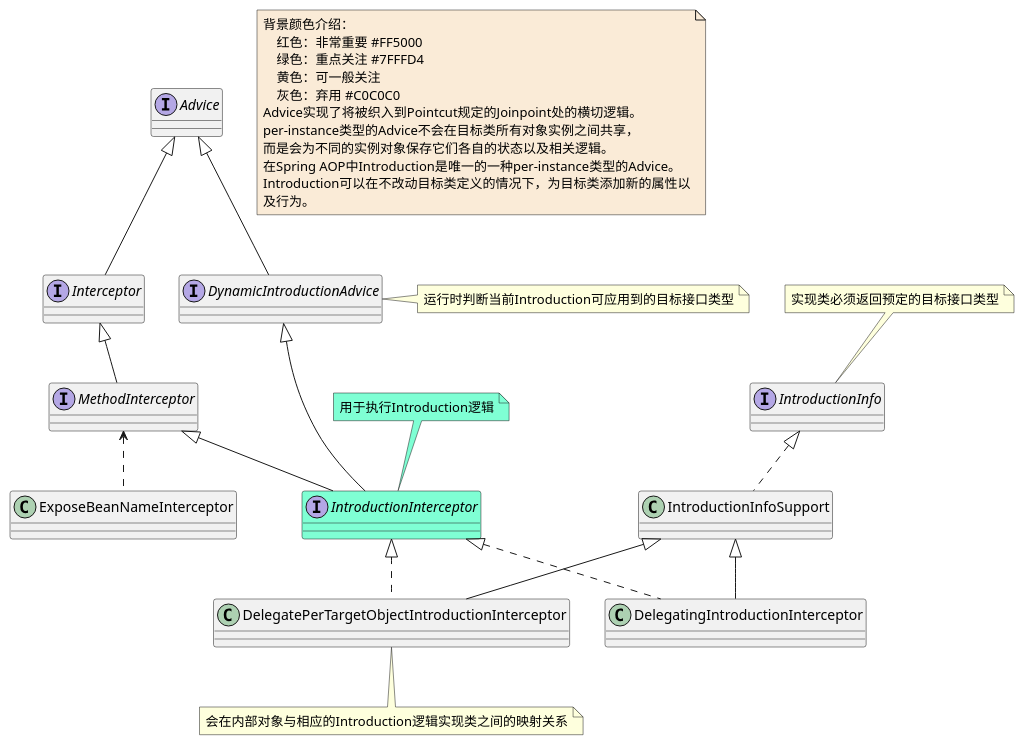
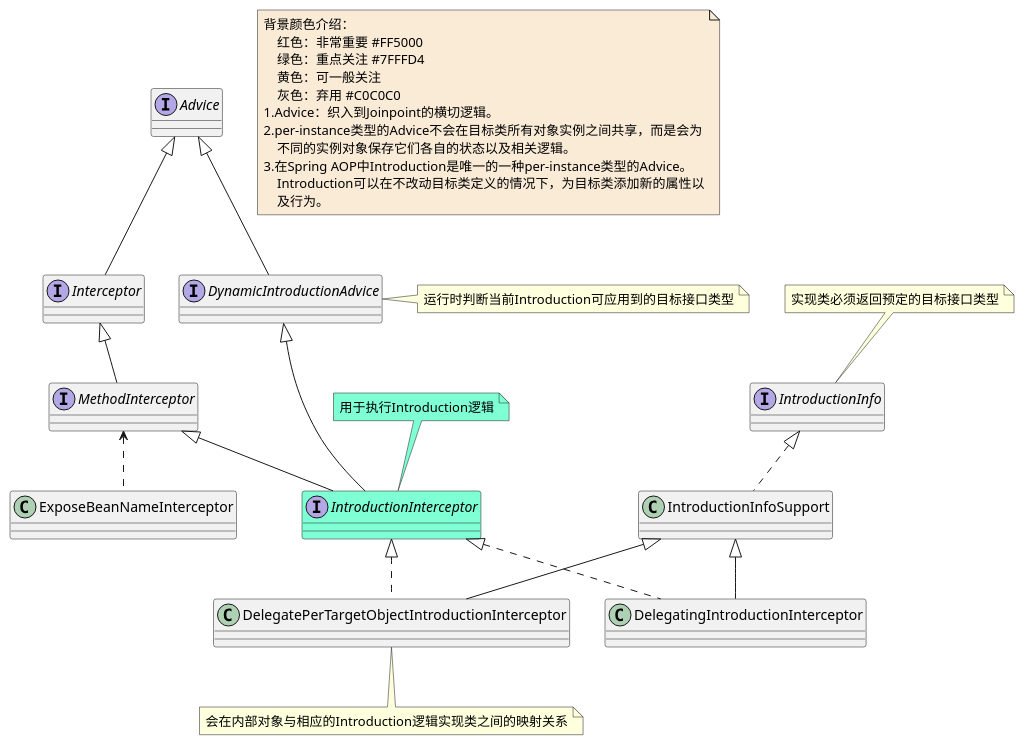
Before and after one commit to czwer/learn-spring-code: the diagram in document/spring/base/class/AOP-Advice-per-instance-class.puml, drawn with PlantUML. The commit also changed 9 other files, not shown here.

```diff
--- a/document/spring/base/class/AOP-Advice-per-instance-class.puml
+++ b/document/spring/base/class/AOP-Advice-per-instance-class.puml
@@ -1,57 +1,57 @@
 @startuml
 
 note  as N1 #FAEBD7
     背景颜色介绍：
         红色：非常重要 #FF5000
         绿色：重点关注 #7FFFD4
         黄色：可一般关注
         灰色：弃用 #C0C0C0
-    Advice实现了将被织入到Pointcut规定的Joinpoint处的横切逻辑。
-    per-instance类型的Advice不会在目标类所有对象实例之间共享，
-    而是会为不同的实例对象保存它们各自的状态以及相关逻辑。
-    在Spring AOP中Introduction是唯一的一种per-instance类型的Advice。
-    Introduction可以在不改动目标类定义的情况下，为目标类添加新的属性以
-    及行为。
+    1.Advice：织入到Joinpoint的横切逻辑。
+    2.per-instance类型的Advice不会在目标类所有对象实例之间共享，而是会为
+        不同的实例对象保存它们各自的状态以及相关逻辑。
+    3.在Spring AOP中Introduction是唯一的一种per-instance类型的Advice。
+        Introduction可以在不改动目标类定义的情况下，为目标类添加新的属性以
+        及行为。
 end note
 
 interface Advice
 interface Interceptor
 interface IntroductionInterceptor #7FFFD4
 note top #7FFFD4: 用于执行Introduction逻辑
 interface MethodInterceptor
 interface DynamicIntroductionAdvice
 note right : 运行时判断当前Introduction可应用到的目标接口类型
 class DelegatePerTargetObjectIntroductionInterceptor
 note bottom : 会在内部对象与相应的Introduction逻辑实现类之间的映射关系
 class DelegatingIntroductionInterceptor
 class ExposeBeanNameInterceptor
 
 interface IntroductionInfo
 note top : 实现类必须返回预定的目标接口类型
 class IntroductionInfoSupport
 
 
 
 
 Advice <|-- Interceptor
 Advice <|-- DynamicIntroductionAdvice
 
 DynamicIntroductionAdvice <|-- IntroductionInterceptor
 
 Interceptor <|-- MethodInterceptor
 
 IntroductionInfo <|.. IntroductionInfoSupport
 
 IntroductionInfoSupport <|-- DelegatePerTargetObjectIntroductionInterceptor
 IntroductionInfoSupport <|-- DelegatingIntroductionInterceptor
 
 IntroductionInterceptor <|.. DelegatingIntroductionInterceptor
 IntroductionInterceptor <|.. DelegatePerTargetObjectIntroductionInterceptor
 
 MethodInterceptor <.. ExposeBeanNameInterceptor
 MethodInterceptor <|-- IntroductionInterceptor
 
 
 
 
 @enduml
```
